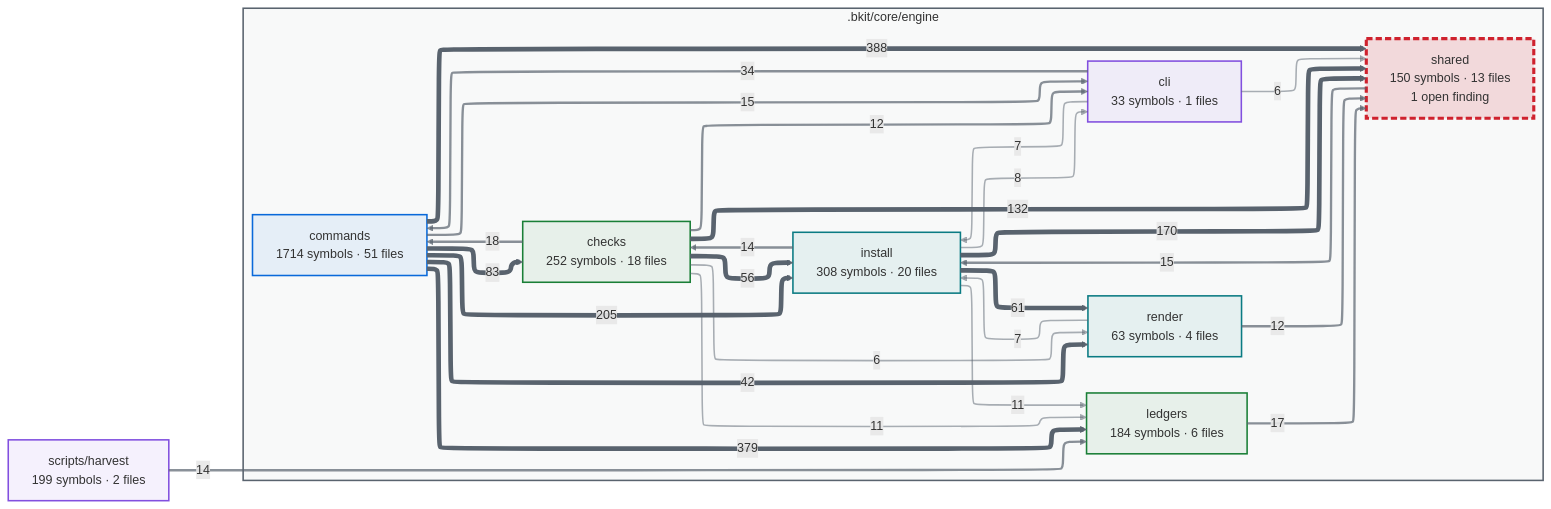
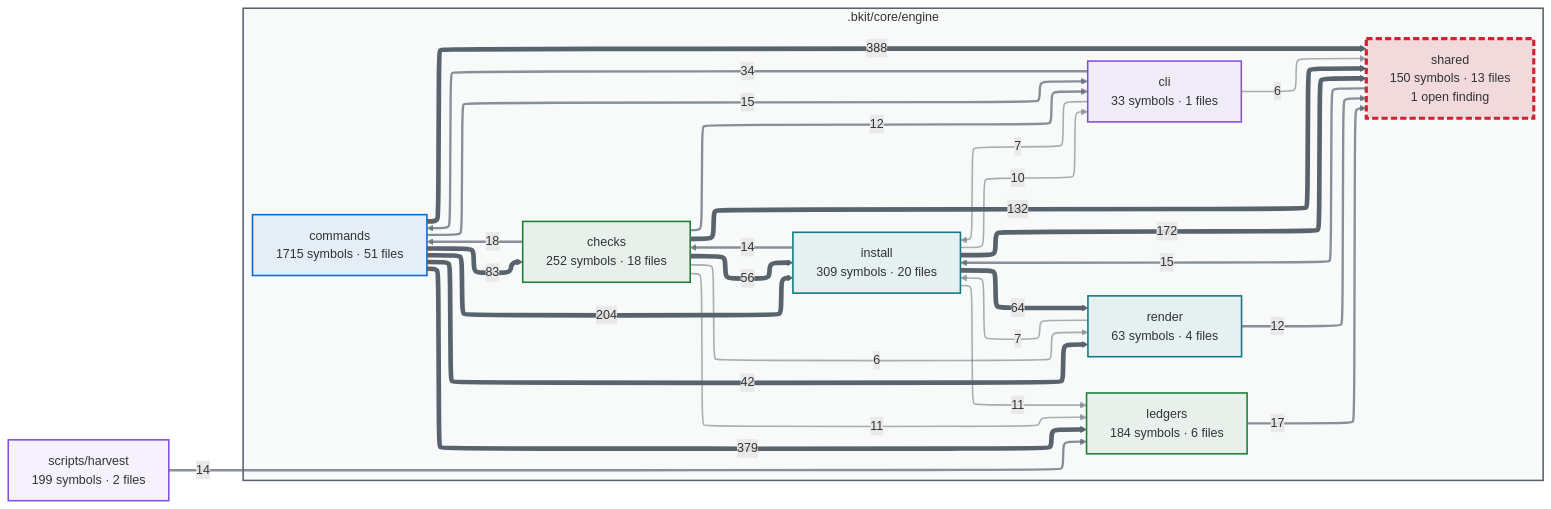
Before and after one commit to cbartens/bkit: the first of 2 diagrams in docs/capabilities.md, drawn with Mermaid. The commit also changed other lines of this file and 1 other file, not shown here.

Commit message:
chore(719-cloud-variants-add): rebuild docs/capabilities.md after the rebase bkit [skip ci]

````diff
--- a/docs/capabilities.md
+++ b/docs/capabilities.md
@@ -154,80 +154,80 @@
 ```mermaid
 ---
 config:
   layout: elk
   themeCSS: "marker { overflow: visible; } marker path { transform: scale(1.8); transform-origin: 5px 5px; }"
   flowchart:
     useMaxWidth: false
 ---
 flowchart LR
   %% Generated by bkit-graphify-rollup.py — do not edit
   subgraph gn_bkit_core_engine[".bkit/core/engine"]
     n_bkit_core_engine_checks["checks<br/>252 symbols · 18 files"]
     n_bkit_core_engine_cli["cli<br/>33 symbols · 1 files"]
-    n_bkit_core_engine_commands["commands<br/>1714 symbols · 51 files"]
-    n_bkit_core_engine_install["install<br/>308 symbols · 20 files"]
+    n_bkit_core_engine_commands["commands<br/>1715 symbols · 51 files"]
+    n_bkit_core_engine_install["install<br/>309 symbols · 20 files"]
     n_bkit_core_engine_ledgers["ledgers<br/>184 symbols · 6 files"]
     n_bkit_core_engine_render["render<br/>63 symbols · 4 files"]
     n_bkit_core_engine_shared["shared<br/>150 symbols · 13 files<br/>1 open finding"]
   end
   nscripts_harvest["scripts/harvest<br/>199 symbols · 2 files"]
   n_bkit_core_engine_commands -->|388| n_bkit_core_engine_shared
   n_bkit_core_engine_commands -->|379| n_bkit_core_engine_ledgers
-  n_bkit_core_engine_commands -->|205| n_bkit_core_engine_install
-  n_bkit_core_engine_install -->|170| n_bkit_core_engine_shared
+  n_bkit_core_engine_commands -->|204| n_bkit_core_engine_install
+  n_bkit_core_engine_install -->|172| n_bkit_core_engine_shared
   n_bkit_core_engine_checks -->|132| n_bkit_core_engine_shared
   n_bkit_core_engine_commands -->|83| n_bkit_core_engine_checks
-  n_bkit_core_engine_install -->|61| n_bkit_core_engine_render
+  n_bkit_core_engine_install -->|64| n_bkit_core_engine_render
   n_bkit_core_engine_checks -->|56| n_bkit_core_engine_install
   n_bkit_core_engine_commands -->|42| n_bkit_core_engine_render
   n_bkit_core_engine_cli -->|34| n_bkit_core_engine_commands
   n_bkit_core_engine_checks -->|18| n_bkit_core_engine_commands
   n_bkit_core_engine_ledgers -->|17| n_bkit_core_engine_shared
   n_bkit_core_engine_shared -->|15| n_bkit_core_engine_install
   n_bkit_core_engine_commands -->|15| n_bkit_core_engine_cli
   n_bkit_core_engine_install -->|14| n_bkit_core_engine_checks
   nscripts_harvest -->|14| n_bkit_core_engine_ledgers
   n_bkit_core_engine_checks -->|12| n_bkit_core_engine_cli
   n_bkit_core_engine_render -->|12| n_bkit_core_engine_shared
   n_bkit_core_engine_checks -->|11| n_bkit_core_engine_ledgers
   n_bkit_core_engine_install -->|11| n_bkit_core_engine_ledgers
-  n_bkit_core_engine_install -->|8| n_bkit_core_engine_cli
+  n_bkit_core_engine_install -->|10| n_bkit_core_engine_cli
   n_bkit_core_engine_cli -->|7| n_bkit_core_engine_install
   n_bkit_core_engine_render -->|7| n_bkit_core_engine_install
   n_bkit_core_engine_checks -->|6| n_bkit_core_engine_render
   n_bkit_core_engine_cli -->|6| n_bkit_core_engine_shared
   style gn_bkit_core_engine fill:#59636e0a,stroke:#59636e,stroke-width:2px
   style n_bkit_core_engine_checks stroke:#1a7f37,stroke-width:2px,fill:#1a7f3714
   style n_bkit_core_engine_cli stroke:#8250df,stroke-width:2px,fill:#8250df14
   style n_bkit_core_engine_commands stroke:#0969da,stroke-width:2px,fill:#0969da14
   style n_bkit_core_engine_install stroke:#0a7b83,stroke-width:2px,fill:#0a7b8314
   style n_bkit_core_engine_ledgers stroke:#1a7f37,stroke-width:2px,fill:#1a7f3714
   style n_bkit_core_engine_render stroke:#0a7b83,stroke-width:2px,fill:#0a7b8314
   style n_bkit_core_engine_shared stroke:#cf222e,stroke-width:4px,stroke-dasharray:8 4,fill:#cf222e26
   style nscripts_harvest stroke:#8250df,stroke-width:2px,fill:#8250df14
   linkStyle 0 stroke:#59636e,stroke-width:6px
   linkStyle 1 stroke:#59636e,stroke-width:6px
   linkStyle 2 stroke:#59636e,stroke-width:6px
   linkStyle 3 stroke:#59636e,stroke-width:6px
   linkStyle 4 stroke:#59636e,stroke-width:6px
   linkStyle 5 stroke:#59636e,stroke-width:6px
   linkStyle 6 stroke:#59636e,stroke-width:6px
   linkStyle 7 stroke:#59636e,stroke-width:6px
   linkStyle 8 stroke:#59636e,stroke-width:6px
   linkStyle 9 stroke:#59636eb3,stroke-width:3px
   linkStyle 10 stroke:#59636eb3,stroke-width:3px
   linkStyle 11 stroke:#59636eb3,stroke-width:3px
   linkStyle 12 stroke:#59636eb3,stroke-width:3px
   linkStyle 13 stroke:#59636eb3,stroke-width:3px
   linkStyle 14 stroke:#59636eb3,stroke-width:3px
   linkStyle 15 stroke:#59636eb3,stroke-width:3px
   linkStyle 16 stroke:#59636eb3,stroke-width:3px
   linkStyle 17 stroke:#59636eb3,stroke-width:3px
   linkStyle 18 stroke:#59636e80,stroke-width:2px
   linkStyle 19 stroke:#59636e80,stroke-width:2px
   linkStyle 20 stroke:#59636e80,stroke-width:2px
   linkStyle 21 stroke:#59636e80,stroke-width:2px
   linkStyle 22 stroke:#59636e80,stroke-width:2px
   linkStyle 23 stroke:#59636e80,stroke-width:2px
   linkStyle 24 stroke:#59636e80,stroke-width:2px
 ```
````
